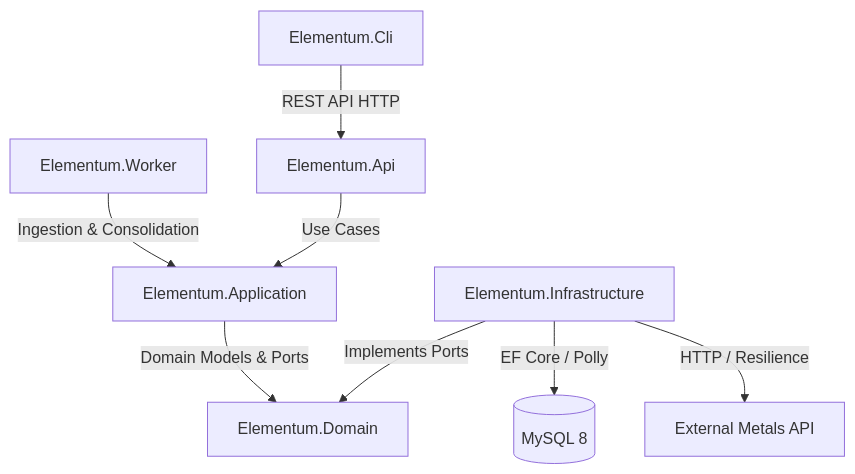
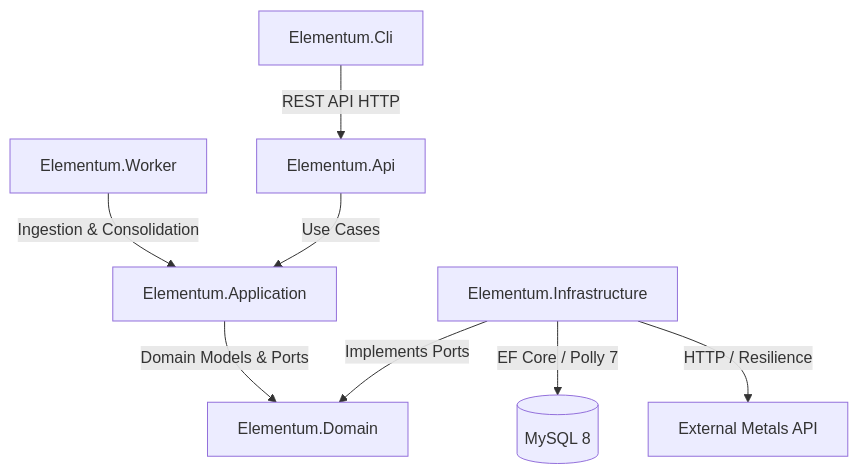
One commit to meelinaa/Elementum changed the diagram in README.md. Above: the diagram before and after it, drawn with Mermaid. The commit also changed other lines of this file and 3 other files, not shown here.

````diff
--- a/README.md
+++ b/README.md
@@ -79,10 +78,10 @@
 ```mermaid
 graph TD
     CLI[Elementum.Cli] -->|REST API HTTP| API[Elementum.Api]
     WORKER[Elementum.Worker] -->|Ingestion & Consolidation| APP[Elementum.Application]
     API -->|Use Cases| APP
     APP -->|Domain Models & Ports| DOMAIN[Elementum.Domain]
     INFRA[Elementum.Infrastructure] -->|Implements Ports| DOMAIN
-    INFRA -->|EF Core / Polly| DB[(MySQL 8)]
+    INFRA -->|EF Core / Polly 7| DB[(MySQL 8)]
     INFRA -->|HTTP / Resilience| EXT[External Metals API]
 ```
````
